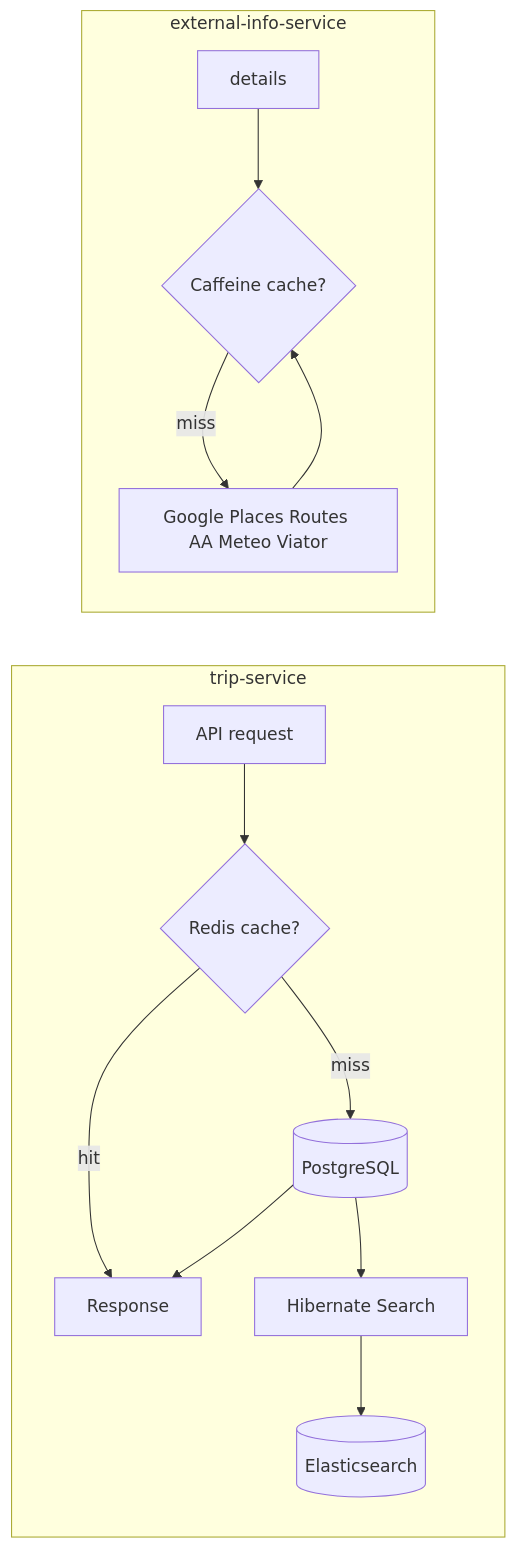
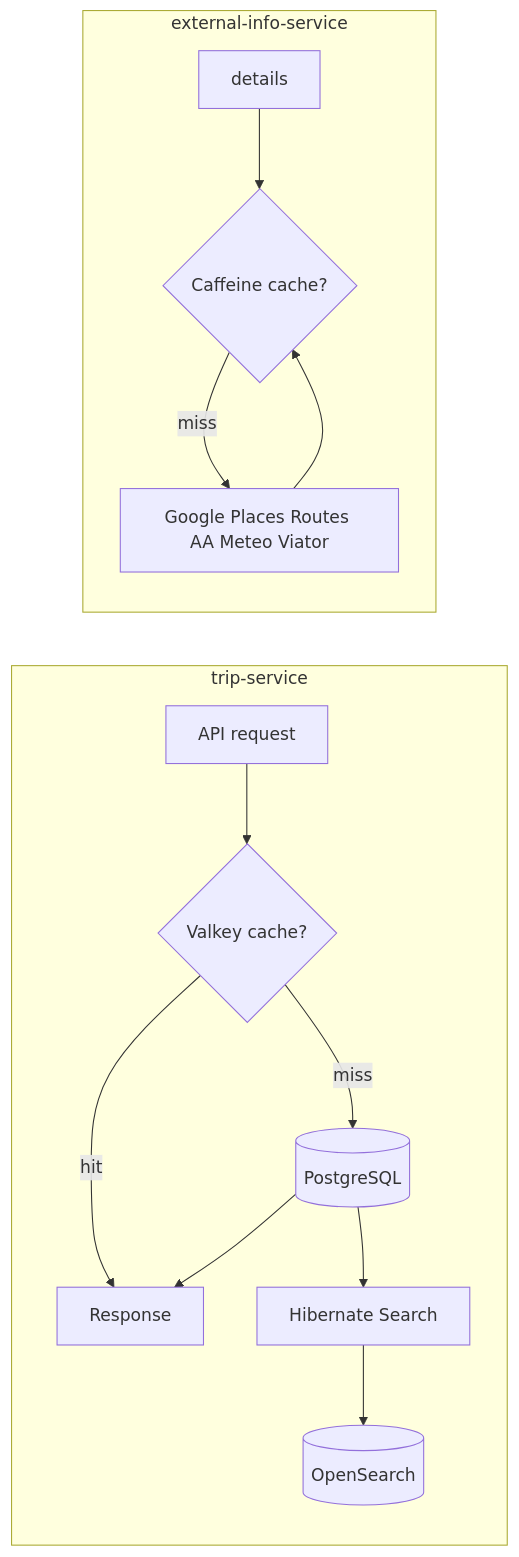
One commit to tbd-htwg/backend changed the fourth of 4 diagrams in docs/gettingstarted/STATE.md. Above: the diagram before and after it, drawn with Mermaid. The commit also changed other lines of this file and 30 other files, not shown here.

````diff
--- a/docs/gettingstarted/STATE.md
+++ b/docs/gettingstarted/STATE.md
@@ -266,17 +268,17 @@
 ```mermaid
 flowchart LR
   subgraph TripFlow["trip-service"]
-    Req[API request] --> Cache{Redis cache?}
+    Req[API request] --> Cache{Valkey cache?}
     Cache -->|hit| Resp[Response]
     Cache -->|miss| PG[(PostgreSQL)]
     PG --> Index[Hibernate Search]
-    Index --> ES[(Elasticsearch)]
+    Index --> OS[(OpenSearch)]
     PG --> Resp
   end
 
   subgraph ExtFlow["external-info-service"]
     Req2[details] --> CCache{Caffeine cache?}
     CCache -->|miss| APIs[Google Places Routes AA Meteo Viator]
     APIs --> CCache
   end
 ```
````
